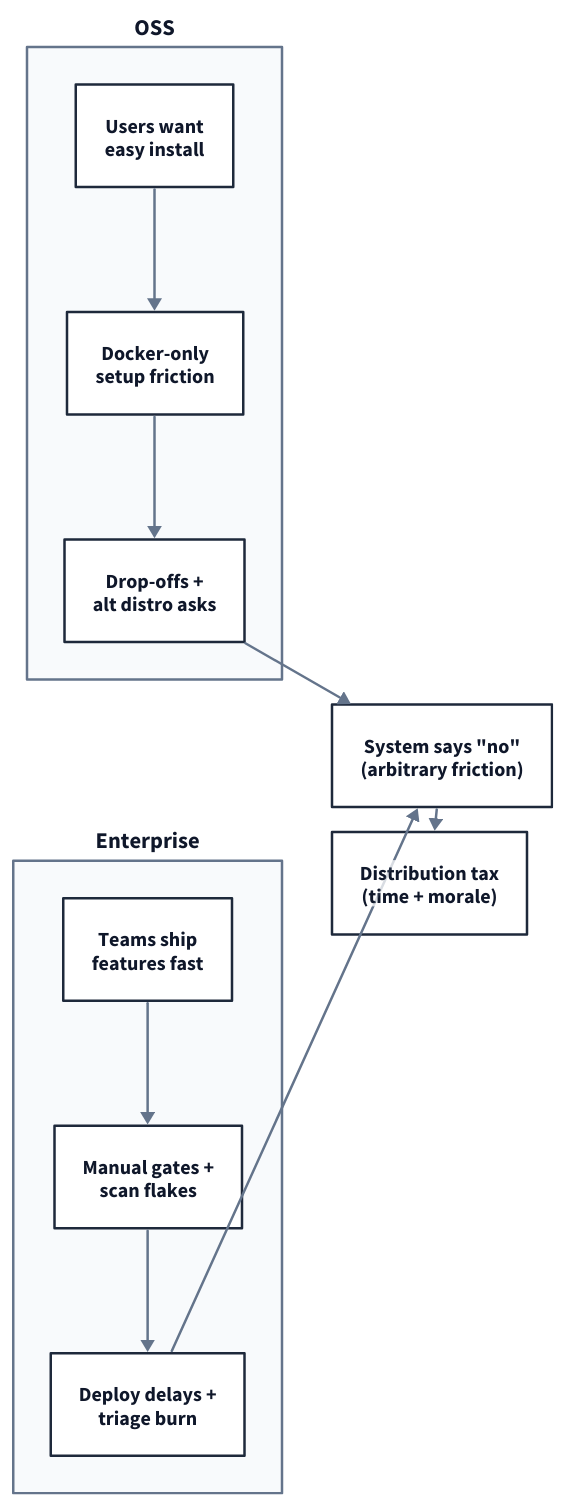
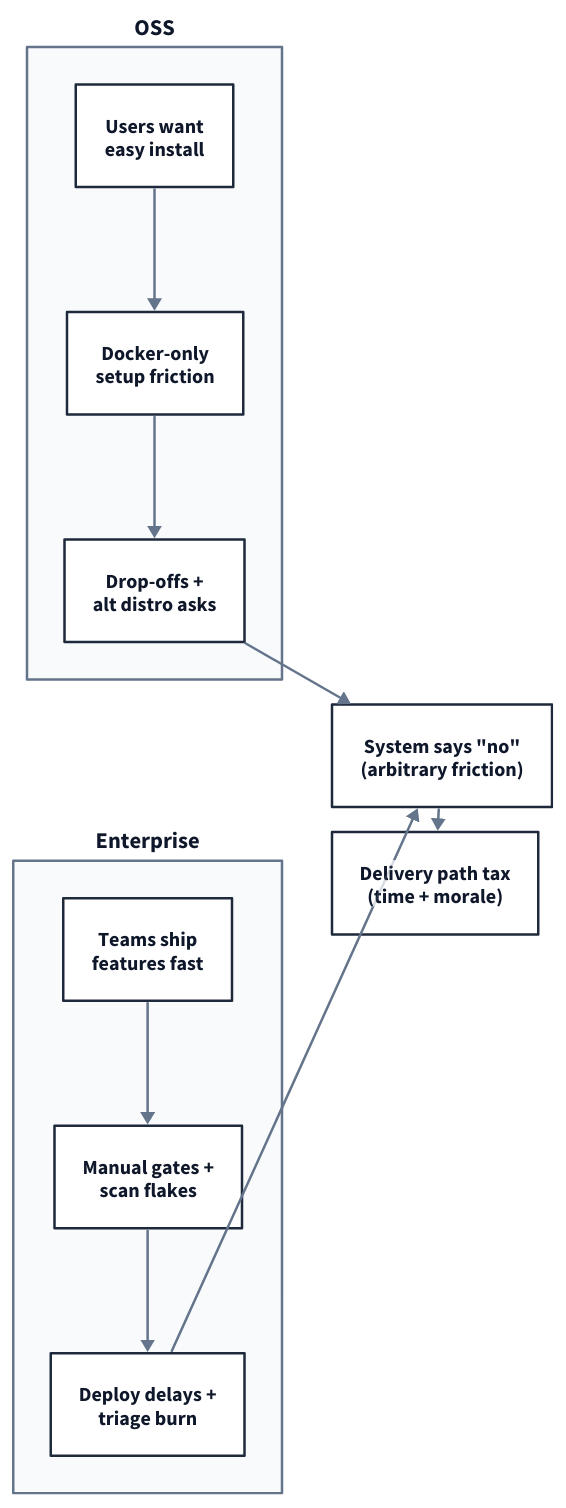
The diagram in viz/distribution-friction-map.d2 (muness/muness.github.io), drawn with D2 before and after one commit. The commit also changed 6 other files, not shown here.

Commit message:
Reframe to delivery path and update diagram labels

```diff
--- a/viz/distribution-friction-map.d2
+++ b/viz/distribution-friction-map.d2
@@ -1,104 +1,104 @@
 direction: right
 
 vars: {
   stroke: "#1E293B"
   accent: "#64748B"
   text: "#0F172A"
   lane: "#F8FAFC"
 }
 
 classes: {
   box: {
     style: {
       stroke: ${stroke}
       stroke-width: 2
       font-color: ${text}
       font-size: 16
       bold: true
       fill: "#FFFFFF"
     }
   }
   lane: {
     style: {
       stroke: ${accent}
       stroke-width: 2
       font-color: ${text}
       font-size: 18
       bold: true
       fill: ${lane}
     }
   }
   edge: {
     style: {
       stroke: ${accent}
       stroke-width: 2
       font-color: ${accent}
       font-size: 14
     }
   }
 }
 
 oss: {
   class: lane
   label: "OSS"
   near: top-left
 
   oss_need: {
     class: box
     label: "Users want\neasy install"
   }
 
   oss_friction: {
     class: box
     label: "Docker-only\nsetup friction"
   }
 
   oss_signal: {
     class: box
     label: "Drop-offs +\nalt distro asks"
   }
 
   oss_need -> oss_friction: {class: edge}
   oss_friction -> oss_signal: {class: edge}
 }
 
 enterprise: {
   class: lane
   label: "Enterprise"
   near: bottom-left
 
   ent_need: {
     class: box
     label: "Teams ship\nfeatures fast"
   }
 
   ent_friction: {
     class: box
     label: "Manual gates +\nscan flakes"
   }
 
   ent_signal: {
     class: box
     label: "Deploy delays +\ntriage burn"
   }
 
   ent_need -> ent_friction: {class: edge}
   ent_friction -> ent_signal: {class: edge}
 }
 
 system_no: {
   class: box
   label: "System says \"no\"\n(arbitrary friction)"
   near: center-right
 }
 
 tax: {
   class: box
-  label: "Distribution tax\n(time + morale)"
+  label: "Delivery path tax\n(time + morale)"
   near: bottom-right
 }
 
 oss.oss_signal -> system_no: {class: edge}
 enterprise.ent_signal -> system_no: {class: edge}
 
 system_no -> tax: {class: edge}
```
